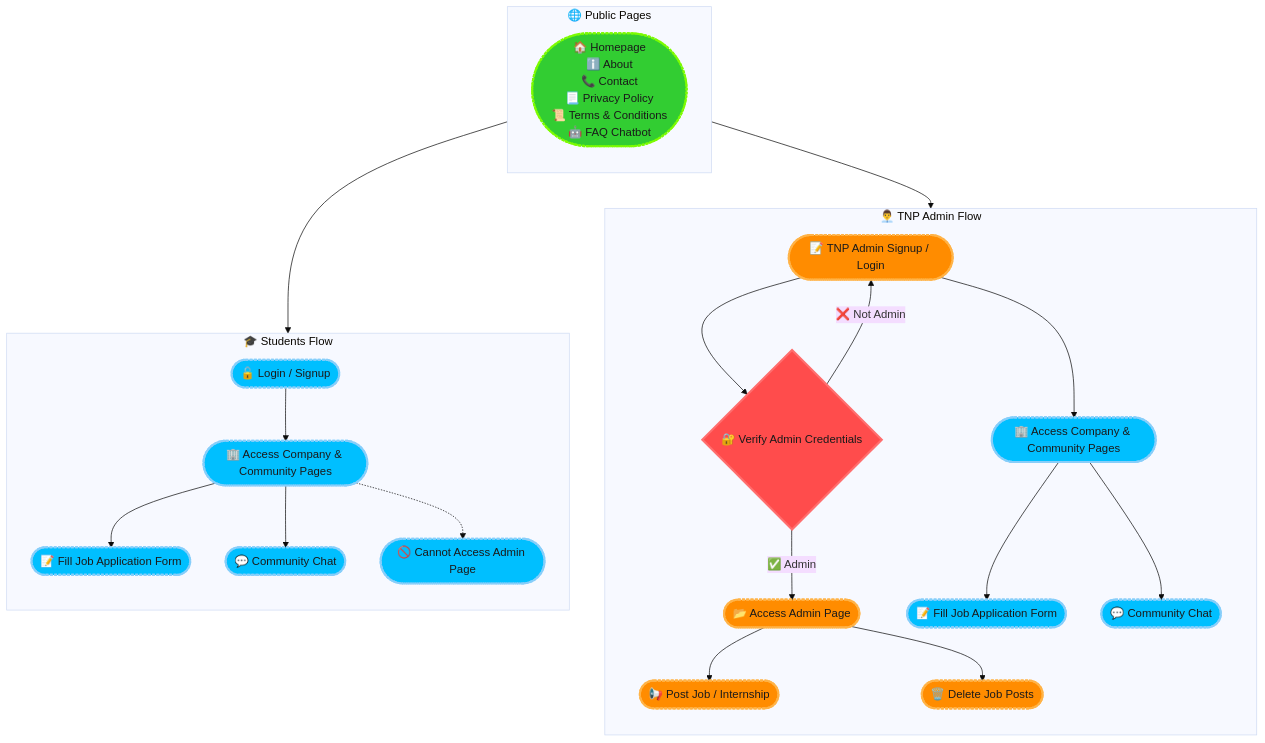
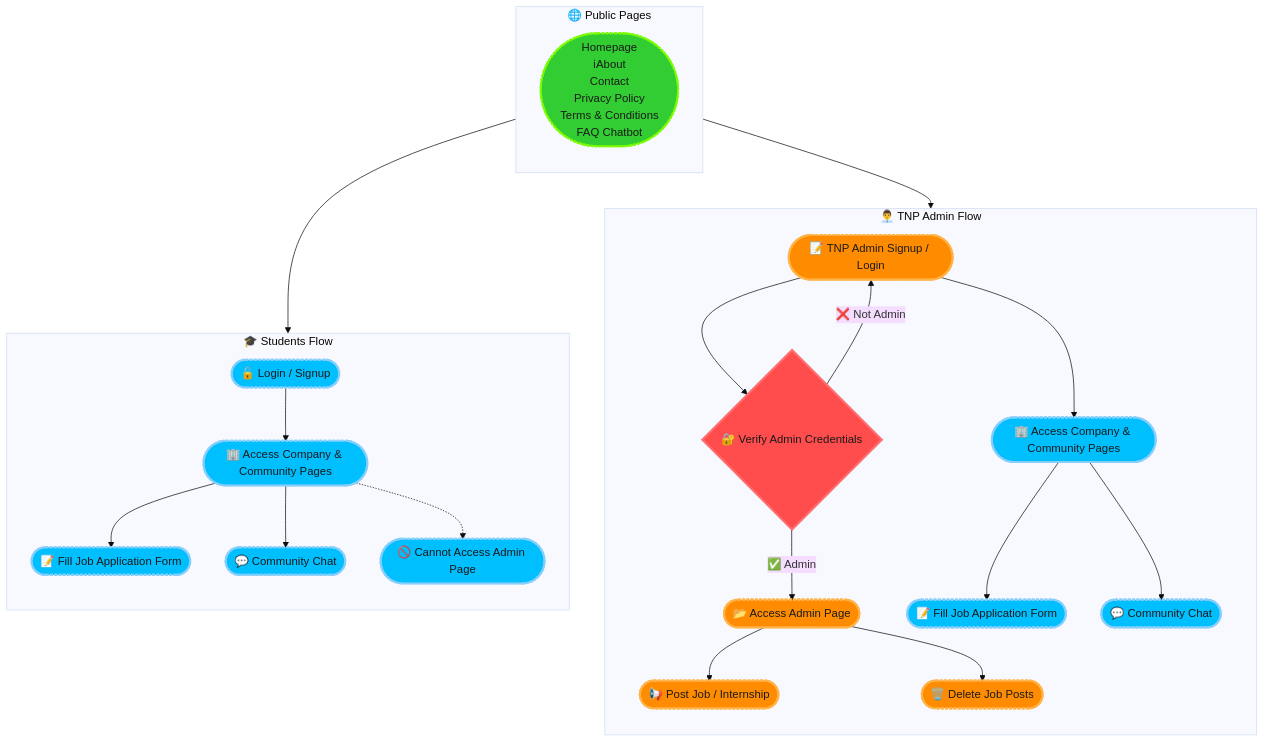
One commit to deepak-pandey1/BPIT-CareerHub changed the diagram in README.md. Above: the diagram before and after it, drawn with Mermaid (base theme).

````diff
--- a/README.md
+++ b/README.md
@@ -9,44 +9,44 @@
 ```mermaid
 graph TD
     %% Define styles
     classDef adminNode fill:#ff8c00,stroke:#ffb347,stroke-width:3px,color:#1a1a1a,stroke-dasharray:4 2,round
     classDef studentNode fill:#00bfff,stroke:#87cefa,stroke-width:3px,color:#1a1a1a,stroke-dasharray:4 2,round
     classDef publicNode fill:#32cd32,stroke:#7cfc00,stroke-width:3px,color:#1a1a1a,stroke-dasharray:4 2,round
     classDef decisionNode fill:#ff4c4c,stroke:#ff6e6e,stroke-width:3px,color:#1a1a1a
 
     %% Shared Public Access
     subgraph Public["🌐 Public Pages"]
         direction TB
-        P1([🏠 Homepage<br>ℹ️ About<br>📞 Contact<br>📃 Privacy Policy<br>📜 Terms & Conditions<br>🤖 FAQ Chatbot]):::publicNode
+        P1([Homepage<br>ℹAbout<br>Contact<br> Privacy Policy<br> Terms & Conditions<br> FAQ Chatbot]):::publicNode
     end
 
     %% TNP Admin Flow
     subgraph TNP_Admin["👨‍💼 TNP Admin Flow"]
         direction TB
         A1([📝 TNP Admin Signup / Login]):::adminNode --> B1{🔐 Verify Admin Credentials}:::decisionNode
         B1 -->|✅ Admin| C1([📂 Access Admin Page]):::adminNode
         B1 -->|❌ Not Admin| A1
 
         C1 --> D1([📢 Post Job / Internship]):::adminNode
         C1 --> E1([🗑️ Delete Job Posts]):::adminNode
 
         A1 --> A2([🏢 Access Company & Community Pages]):::studentNode
         A2 --> A3([📝 Fill Job Application Form]):::studentNode
         A2 --> A4([💬 Community Chat]):::studentNode
     end
 
     %% Students Flow
     subgraph Students["🎓 Students Flow"]
         direction TB
         S1([🔓 Login / Signup]):::studentNode --> S2([🏢 Access Company & Community Pages]):::studentNode
         S2 --> S3([📝 Fill Job Application Form]):::studentNode
         S2 --> S4([💬 Community Chat]):::studentNode
         S2 -.-> S5([🚫 Cannot Access Admin Page]):::studentNode
     end
 
     %% Connect Public to both flows
     P1 --> A1
     P1 --> S1
 
 
 ```
````
